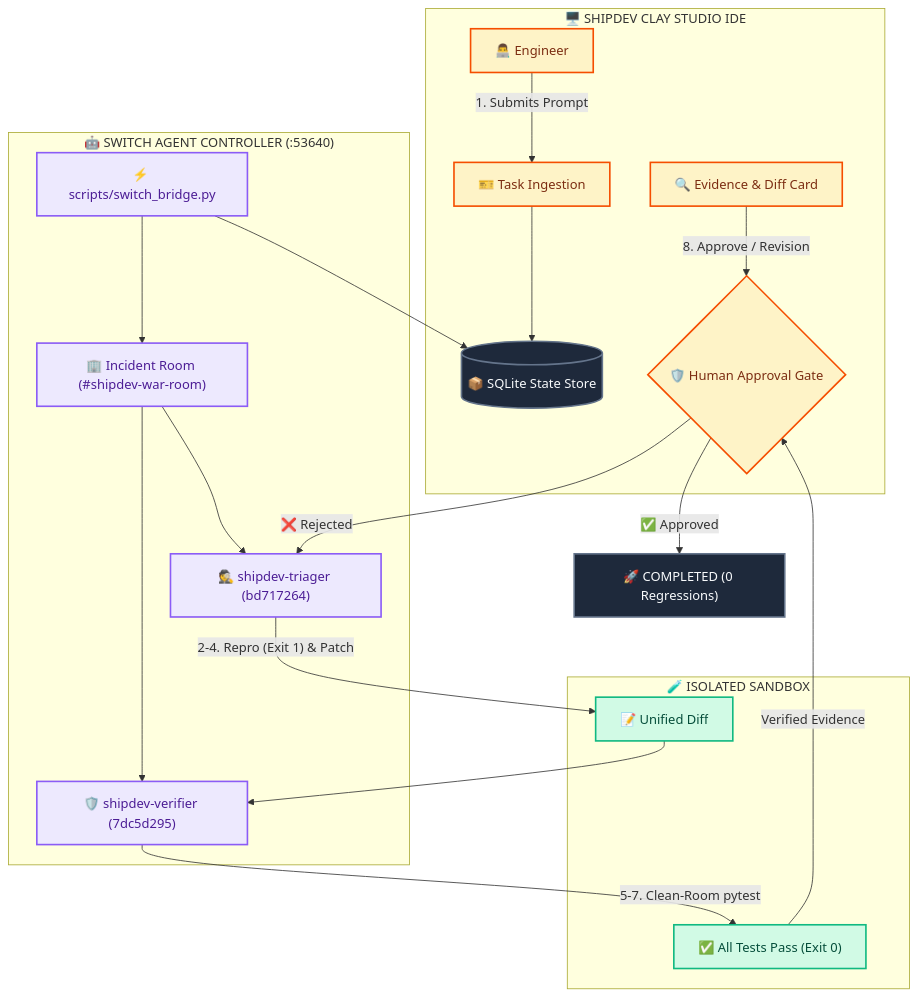
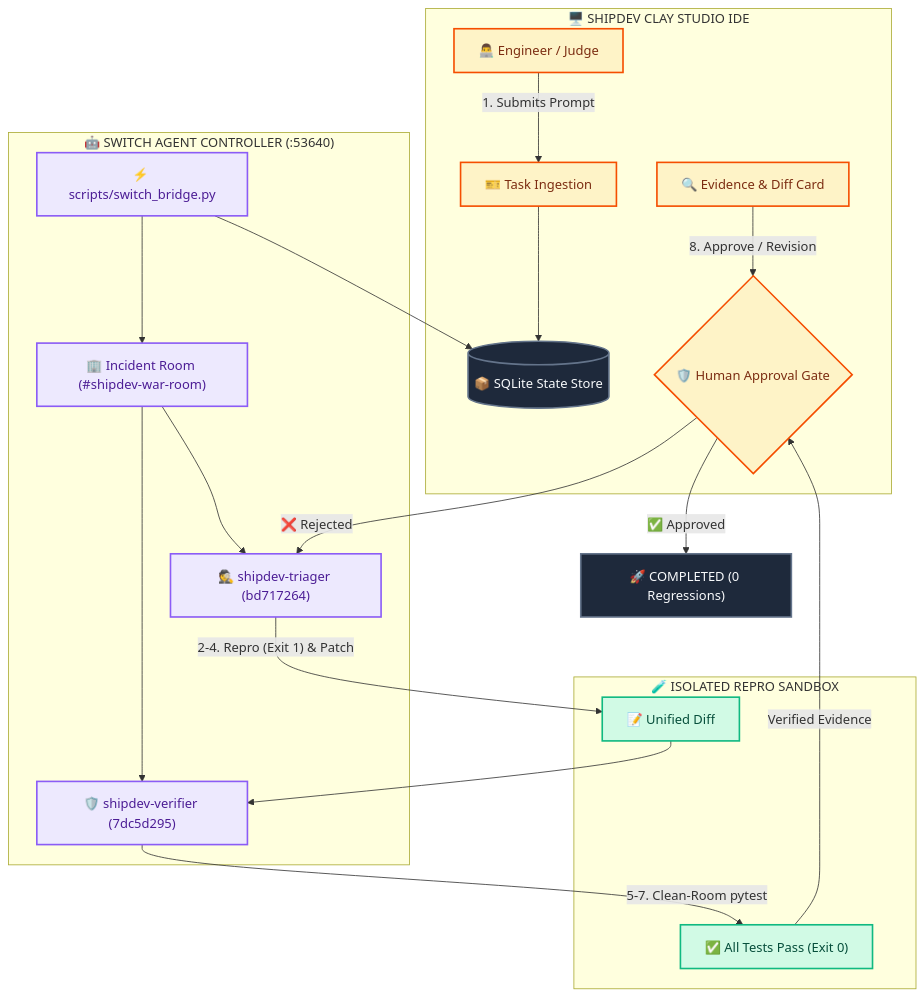
Before and after one commit to prathamxeth/ShipDev: the first of 3 diagrams in README.md, drawn with Mermaid. The commit also changed other lines of this file and 7 other files, not shown here.

````diff
--- a/README.md
+++ b/README.md
@@ -62,35 +103,35 @@
 ```mermaid
 graph TD
     subgraph UI["🖥️ SHIPDEV CLAY STUDIO IDE"]
-        USER["👨‍💻 Engineer"] -->|"1. Submits Prompt"| INTAKE["🎫 Task Ingestion"]
+        USER["👨‍💻 Engineer / Judge"] -->|"1. Submits Prompt"| INTAKE["🎫 Task Ingestion"]
         INTAKE --> TASK_DB[("📦 SQLite State Store")]
         DIFF_VIEW["🔍 Evidence & Diff Card"] -->|"8. Approve / Revision"| HUMAN_GATE{"🛡️ Human Approval Gate"}
     end
 
     subgraph SwitchControl["🤖 SWITCH AGENT CONTROLLER (:53640)"]
         BRIDGE["⚡ scripts/switch_bridge.py"] --> TASK_DB
         BRIDGE --> ROOM["🏢 Incident Room (#shipdev-war-room)"]
         ROOM --> TRIAGER["🕵️ shipdev-triager (bd717264)"]
         ROOM --> VERIFIER["🛡️ shipdev-verifier (7dc5d295)"]
     end
 
-    subgraph Sandbox["🧪 ISOLATED SANDBOX"]
+    subgraph Sandbox["🧪 ISOLATED REPRO SANDBOX"]
         TRIAGER -->|"2-4. Repro (Exit 1) & Patch"| PATCH["📝 Unified Diff"]
         PATCH --> VERIFIER
         VERIFIER -->|"5-7. Clean-Room pytest"| TEST_RUN["✅ All Tests Pass (Exit 0)"]
     end
 
     TEST_RUN -->|"Verified Evidence"| HUMAN_GATE
     HUMAN_GATE -->|"✅ Approved"| MERGE["🚀 COMPLETED (0 Regressions)"]
     HUMAN_GATE -->|"❌ Rejected"| TRIAGER
 
     classDef clayPrimary fill:#fef3c7,stroke:#f54e00,stroke-width:2px,color:#7c2d12;
     classDef clayMint fill:#d1fae5,stroke:#10b981,stroke-width:2px,color:#064e3b;
     classDef clayLavender fill:#ede9fe,stroke:#8b5cf6,stroke-width:2px,color:#4c1d95;
     classDef clayDark fill:#1e293b,stroke:#64748b,stroke-width:2px,color:#f8fafc;
 
     class USER,INTAKE,DIFF_VIEW,HUMAN_GATE clayPrimary;
     class BRIDGE,ROOM,TRIAGER,VERIFIER clayLavender;
     class PATCH,TEST_RUN clayMint;
     class TASK_DB,MERGE clayDark;
 ```
````
